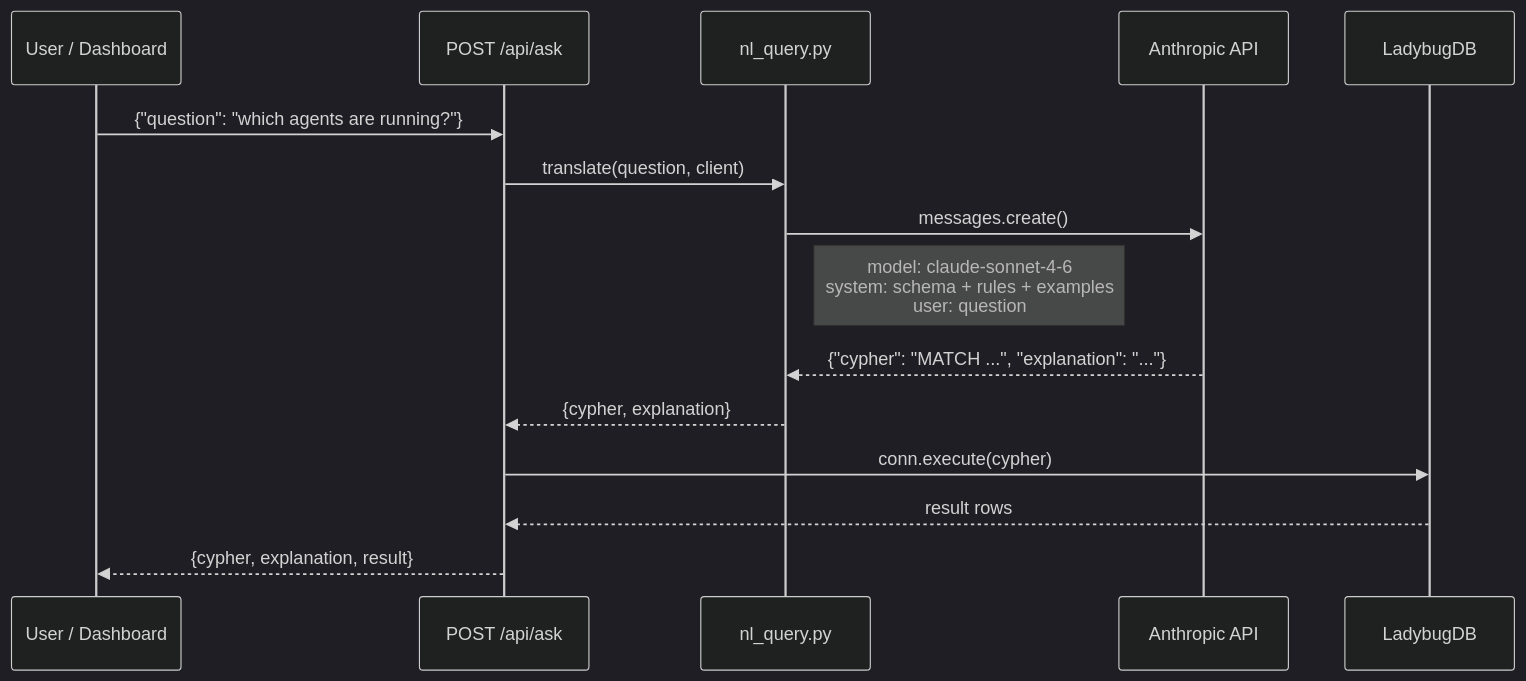
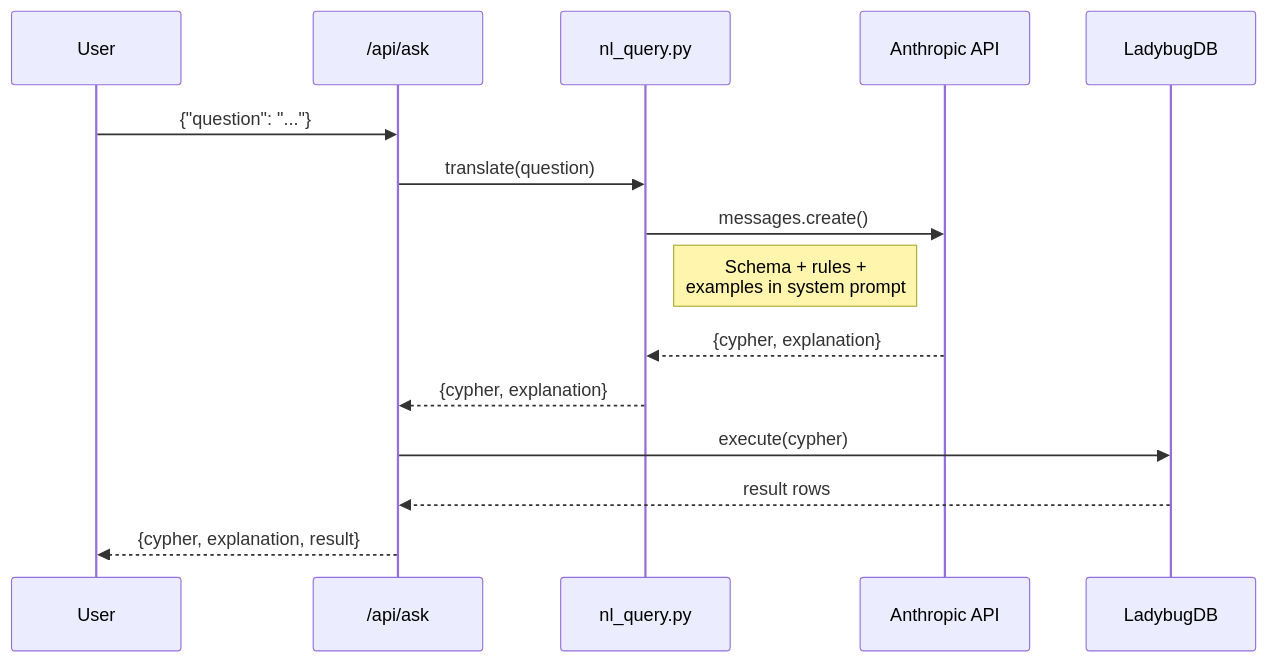
One commit to halcyondude/observable-claude changed the second of 3 diagrams in docs/technical-spec.md. Above: the diagram before and after it, drawn with Mermaid. The commit also changed other lines of this file and 6 other files, not shown here.

First line of the commit message:
docs: rewrite with matt-voice, fix mermaid for github rendering

````diff
--- a/docs/technical-spec.md
+++ b/docs/technical-spec.md
@@ -366,23 +356,22 @@
 ```mermaid
-%%{init: {'theme': 'dark'}}%%
 sequenceDiagram
-    participant USER as User / Dashboard
-    participant API as POST /api/ask
+    participant USER as User
+    participant API as /api/ask
     participant NL as nl_query.py
     participant ANTH as Anthropic API
     participant LADY as LadybugDB
 
-    USER->>API: {"question": "which agents are running?"}
-    API->>NL: translate(question, client)
+    USER->>API: {"question": "..."}
+    API->>NL: translate(question)
 
     NL->>ANTH: messages.create()
-    Note right of NL: model: claude-sonnet-4-6<br/>system: schema + rules + examples<br/>user: question
+    Note right of NL: Schema + rules +<br/>examples in system prompt
 
-    ANTH-->>NL: {"cypher": "MATCH ...", "explanation": "..."}
+    ANTH-->>NL: {cypher, explanation}
     NL-->>API: {cypher, explanation}
 
-    API->>LADY: conn.execute(cypher)
+    API->>LADY: execute(cypher)
     LADY-->>API: result rows
 
     API-->>USER: {cypher, explanation, result}
 ```
````
